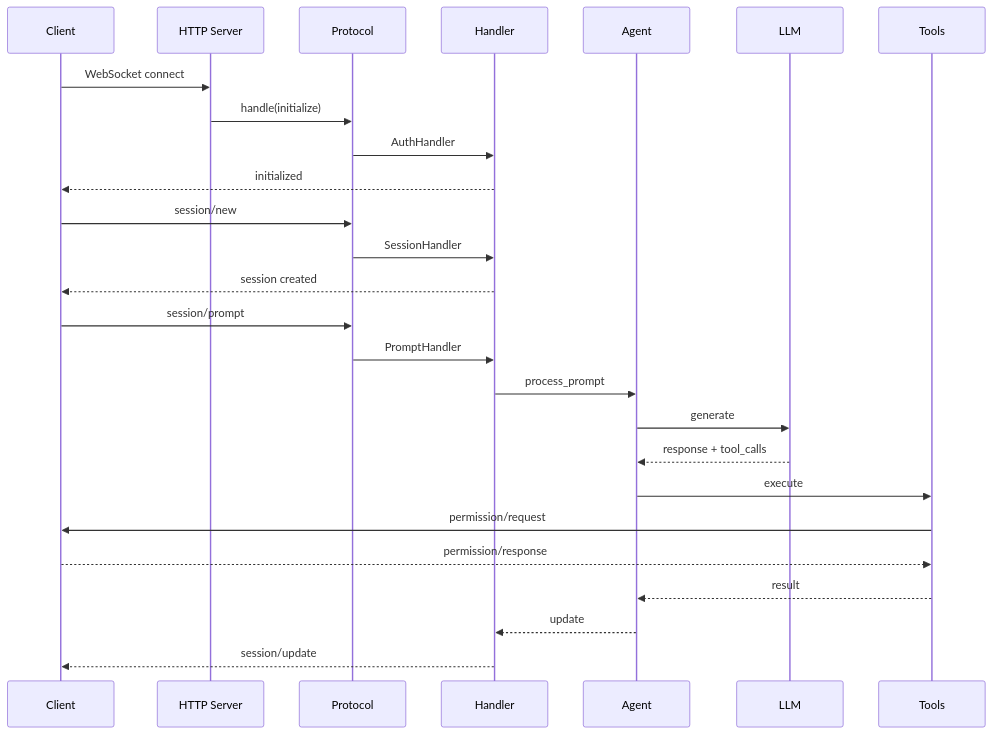
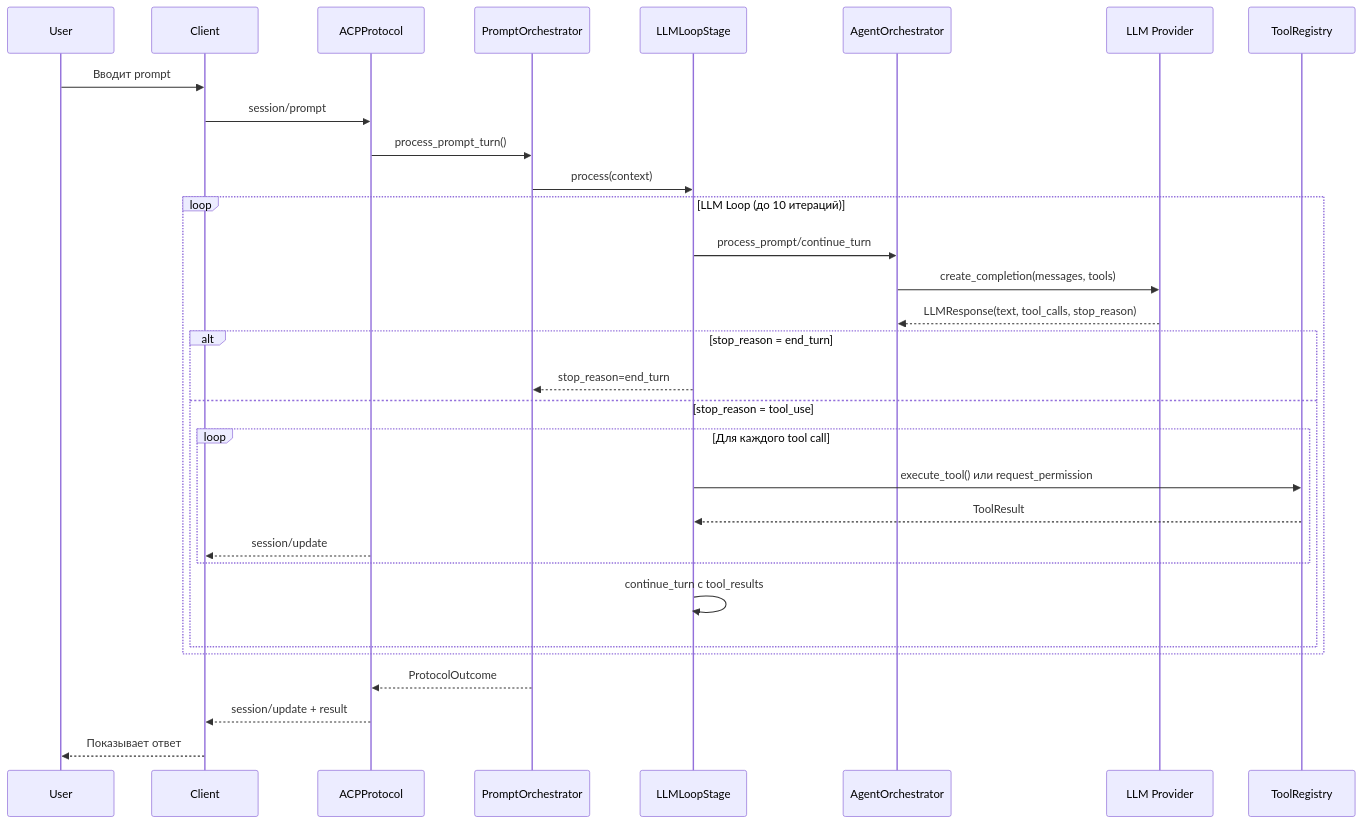
One commit to pese-git/codelab-ai changed the third of 3 diagrams in doc/product/developer-guide/01-architecture.md. Above: the diagram before and after it, drawn with Mermaid. The commit also changed other lines of this file and 22 other files, not shown here.

````diff
--- a/doc/product/developer-guide/01-architecture.md
+++ b/doc/product/developer-guide/01-architecture.md
@@ -382,31 +338,37 @@
 ```mermaid
 sequenceDiagram
-    participant Client
-    participant HTTP as HTTP Server
-    participant Protocol
-    participant Handler
-    participant Agent
-    participant LLM
-    participant Tools
+    participant U as User
+    participant C as Client
+    participant S as ACPProtocol
+    participant PO as PromptOrchestrator
+    participant LL as LLMLoopStage
+    participant AO as AgentOrchestrator
+    participant LLM as LLM Provider
+    participant TR as ToolRegistry
+
+    U->>C: Вводит prompt
+    C->>S: session/prompt
+    S->>PO: process_prompt_turn()
+    PO->>LL: process(context)
     
-    Client->>HTTP: WebSocket connect
-    HTTP->>Protocol: handle(initialize)
-    Protocol->>Handler: AuthHandler
-    Handler-->>Client: initialized
+    loop LLM Loop (до 10 итераций)
+        LL->>AO: process_prompt/continue_turn
+        AO->>LLM: create_completion(messages, tools)
+        LLM-->>AO: LLMResponse(text, tool_calls, stop_reason)
+        
+        alt stop_reason = end_turn
+            LL-->>PO: stop_reason=end_turn
+        else stop_reason = tool_use
+            loop Для каждого tool call
+                LL->>TR: execute_tool() или request_permission
+                TR-->>LL: ToolResult
+                S-->>C: session/update
+            end
+            LL->>LL: continue_turn с tool_results
+        end
+    end
     
-    Client->>Protocol: session/new
-    Protocol->>Handler: SessionHandler
-    Handler-->>Client: session created
-    
-    Client->>Protocol: session/prompt
-    Protocol->>Handler: PromptHandler
-    Handler->>Agent: process_prompt
-    Agent->>LLM: generate
-    LLM-->>Agent: response + tool_calls
-    Agent->>Tools: execute
-    Tools->>Client: permission/request
-    Client-->>Tools: permission/response
-    Tools-->>Agent: result
-    Agent-->>Handler: update
-    Handler-->>Client: session/update
+    PO-->>S: ProtocolOutcome
+    S-->>C: session/update + result
+    C-->>U: Показывает ответ
 ```
````
